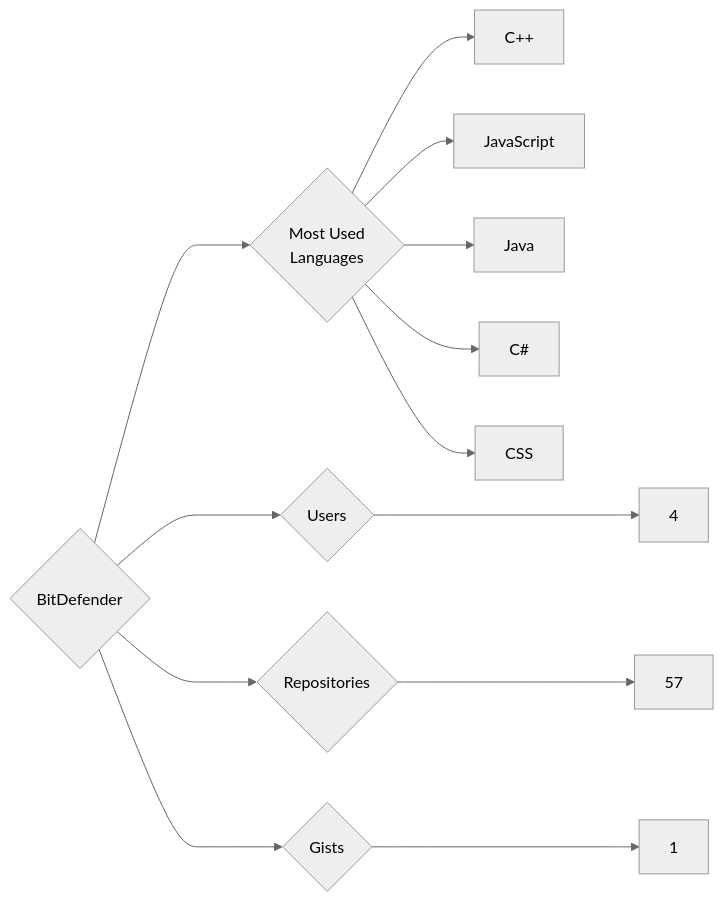
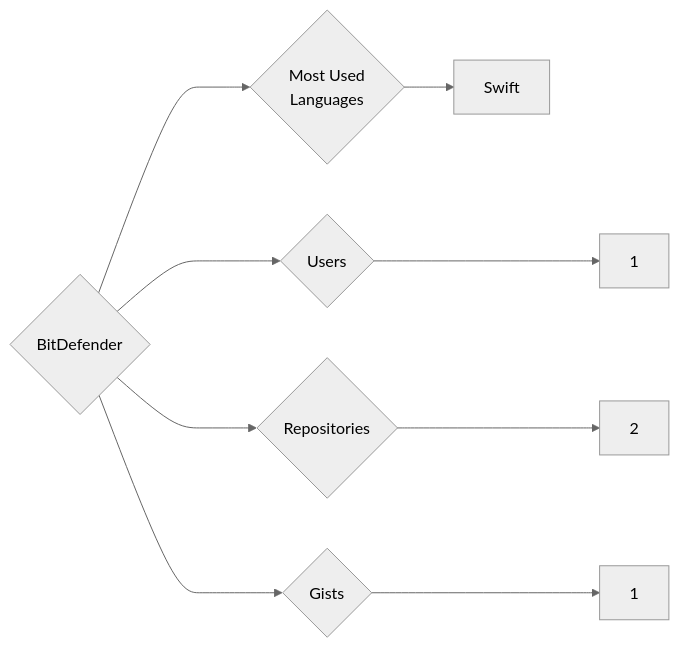
The diagram in targets/BitDefender/README.md (trickest/insiders), drawn with Mermaid (neutral theme) before and after one commit. The commit also changed 1020 other files, not shown here.

````diff
--- a/targets/BitDefender/README.md
+++ b/targets/BitDefender/README.md
@@ -3,13 +3,9 @@
 ```mermaid
 graph LR
 COMPANY_NAME{BitDefender}
-COMPANY_NAME ---> U{Users} ---> UN[4]
-COMPANY_NAME ---> R{Repositories} ---> RN[57]
+COMPANY_NAME ---> U{Users} ---> UN[1]
+COMPANY_NAME ---> R{Repositories} ---> RN[2]
 COMPANY_NAME ---> G{Gists} ---> GN[1]
 COMPANY_NAME ---> ML{Most Used<br>Languages}
-ML --> C++[C++]
-ML --> JavaScript[JavaScript]
-ML --> Java[Java]
-ML --> C#[C#]
-ML --> CSS[CSS]
+ML --> Swift[Swift]
 ```
````
